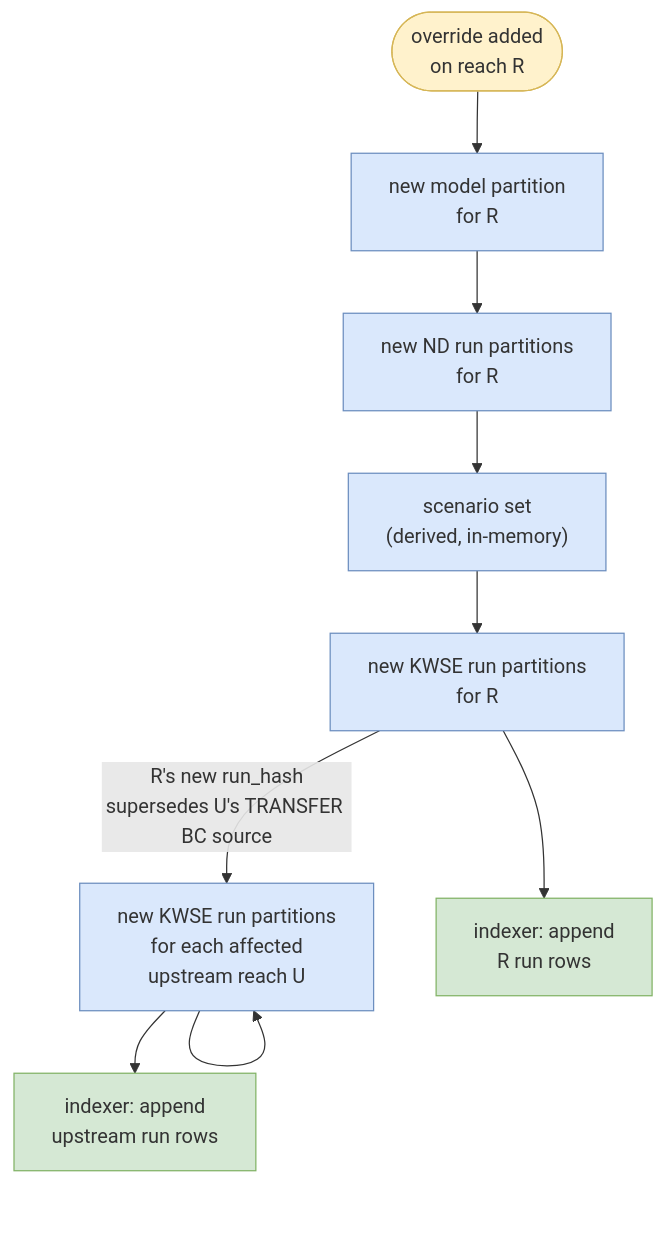
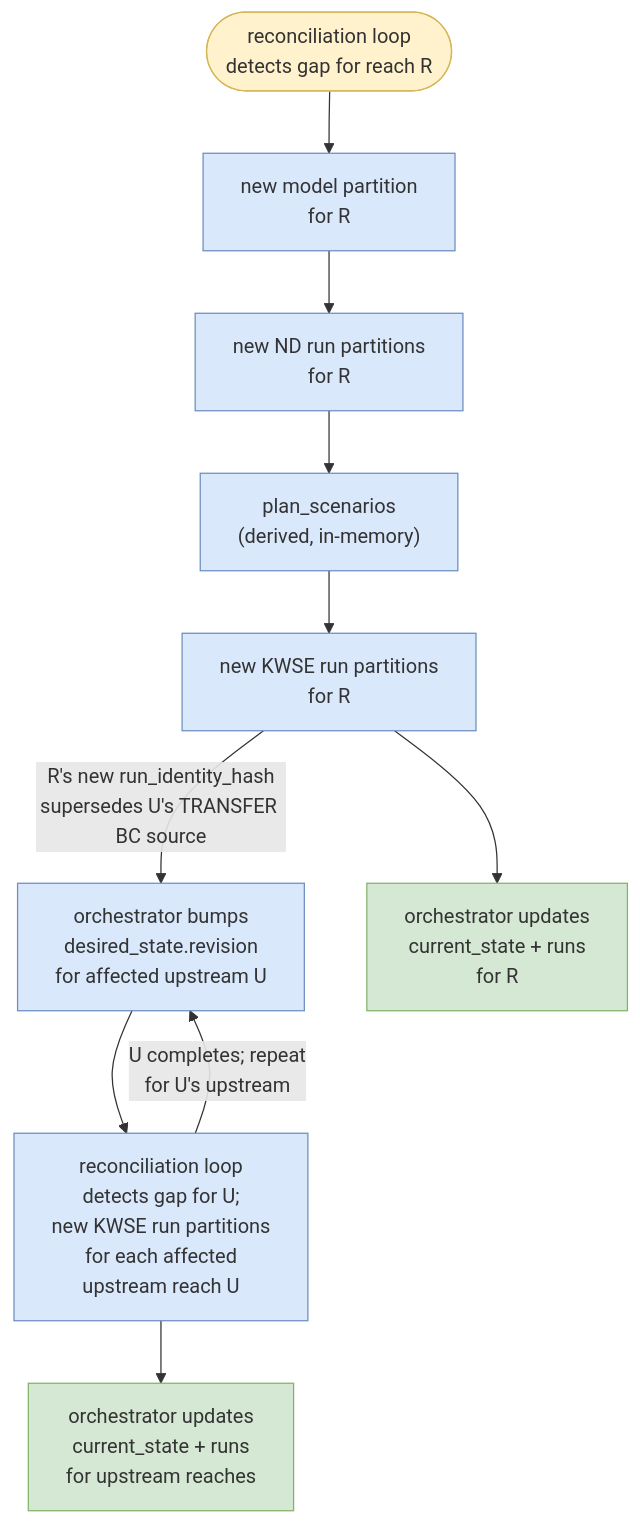
The diagram in system-design/specs/triggers-and-propagation.md (NOAA-OWP/twod-fim-knowledge-base), drawn with Mermaid before and after one commit. The commit also changed other lines of this file and 1 other file, not shown here.

First line of the commit message:
Rewrite specs for DB-as-brain + reconciliation loop architecture (PR #72)

````diff
--- a/system-design/specs/triggers-and-propagation.md
+++ b/system-design/specs/triggers-and-propagation.md
@@ -75,21 +85,23 @@
 ```mermaid
 flowchart TD
-    OV(["override added<br/>on reach R"])
-    OV --> MR["new model partition<br/>for R"]
+    GAP(["reconciliation loop<br/>detects gap for reach R"])
+    GAP --> MR["new model partition<br/>for R"]
     MR --> NDR["new ND run partitions<br/>for R"]
-    NDR --> SSR["scenario set<br/>(derived, in-memory)"]
+    NDR --> SSR["plan_scenarios<br/>(derived, in-memory)"]
     SSR --> KWR["new KWSE run partitions<br/>for R"]
 
-    KWR -- "R's new run_hash<br/>supersedes U's TRANSFER BC source" --> UPS["new KWSE run partitions<br/>for each affected<br/>upstream reach U"]
+    KWR -- "R's new run_identity_hash<br/>supersedes U's TRANSFER BC source" --> BUMP["orchestrator bumps<br/>desired_state.revision<br/>for affected upstream U"]
 
-    KWR --> IDX1["indexer: append<br/>R run rows"]
-    UPS --> IDX2["indexer: append<br/>upstream run rows"]
-    UPS --> UPS
+    BUMP --> UPS["reconciliation loop<br/>detects gap for U;<br/>new KWSE run partitions<br/>for each affected<br/>upstream reach U"]
+
+    KWR --> DB1["orchestrator updates<br/>current_state + runs<br/>for R"]
+    UPS --> DB2["orchestrator updates<br/>current_state + runs<br/>for upstream reaches"]
+    UPS -- "U completes; repeat<br/>for U's upstream" --> BUMP
 
     classDef trigger fill:#fff2cc,stroke:#d6b656
     classDef newpartition fill:#dae8fc,stroke:#6c8ebf
     classDef done fill:#d5e8d4,stroke:#82b366
-    class OV trigger
-    class MR,NDR,SSR,KWR,UPS newpartition
-    class IDX1,IDX2 done
+    class GAP trigger
+    class MR,NDR,SSR,KWR,UPS,BUMP newpartition
+    class DB1,DB2 done
 ```
````
